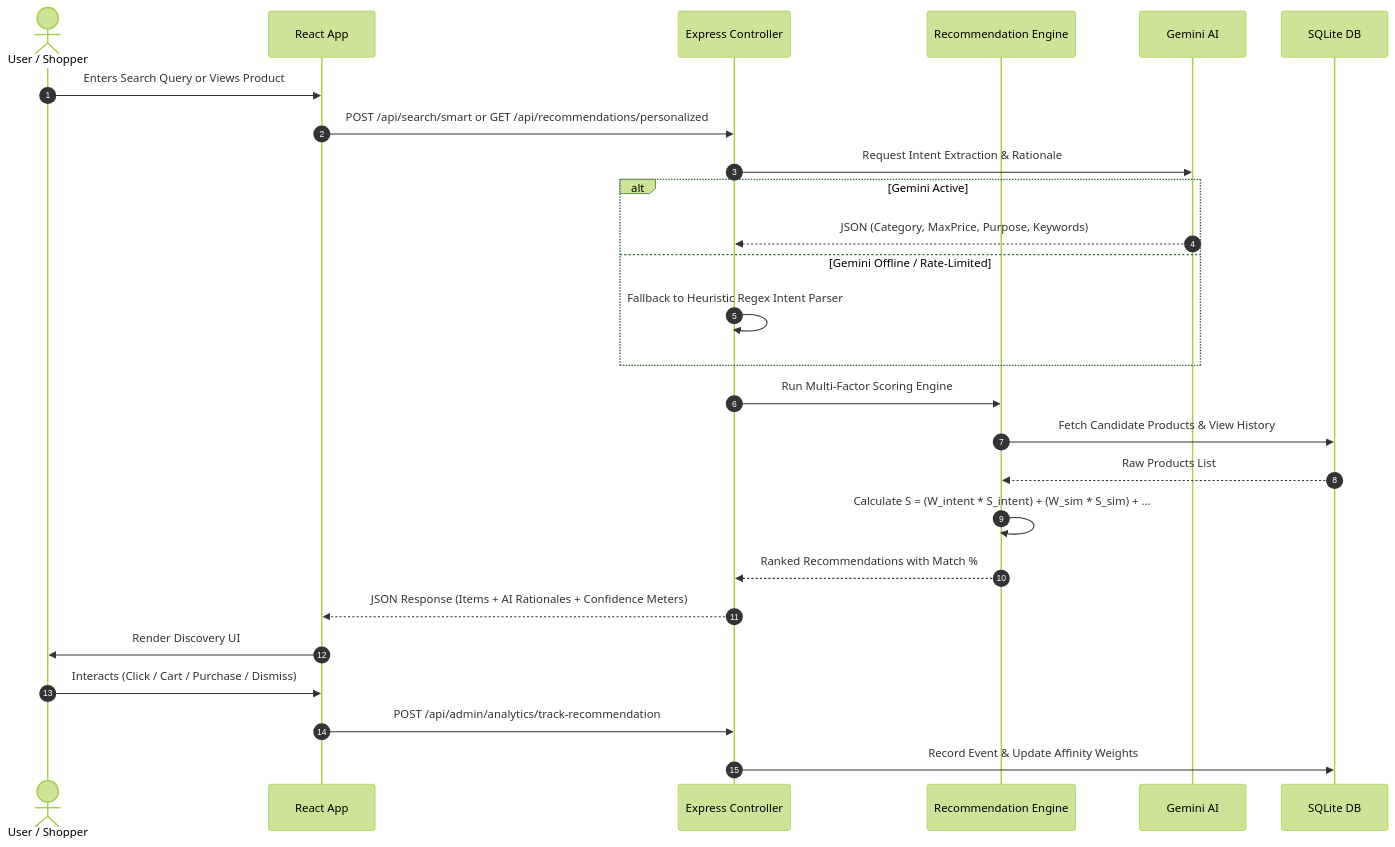
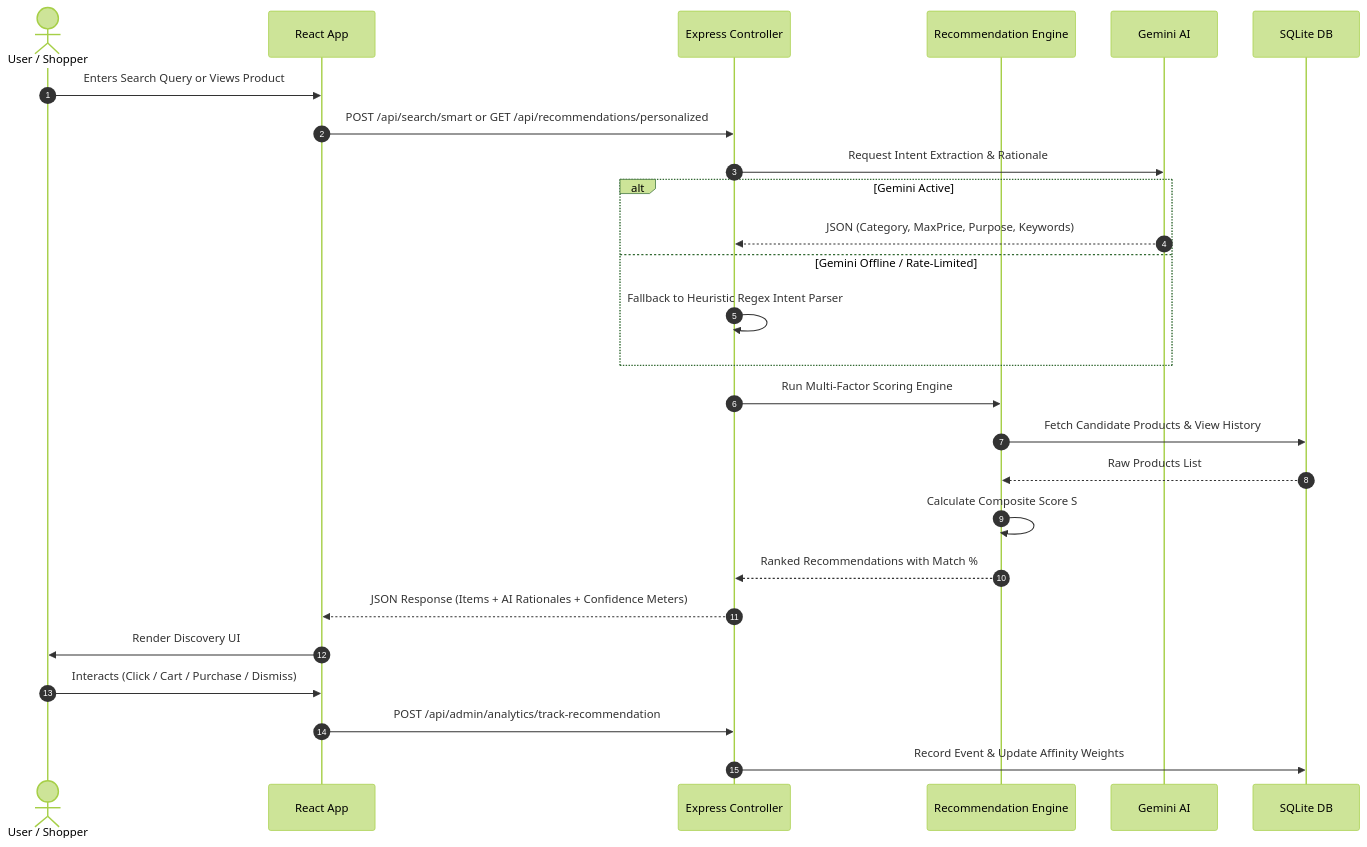
One commit to NagarjunMallavarpu/Discovery-engine-ai changed the second of 2 diagrams in README.md. Above: the diagram before and after it, drawn with Mermaid (forest theme). The commit also changed other lines of this file, not shown here.

Commit message:
docs: Final production audit of README.md with clean Mermaid syntax and exact DB product count (18 items)

````diff
--- a/README.md
+++ b/README.md
@@ -71,29 +72,29 @@
 ```mermaid
 sequenceDiagram
     autonumber
     actor Shopper as User / Shopper
     participant Client as React App
     participant API as Express Controller
     participant Engine as Recommendation Engine
     participant Gemini as Gemini AI
     participant DB as SQLite DB
 
     Shopper->>Client: Enters Search Query or Views Product
     Client->>API: POST /api/search/smart or GET /api/recommendations/personalized
     API->>Gemini: Request Intent Extraction & Rationale
     alt Gemini Active
         Gemini-->>API: JSON (Category, MaxPrice, Purpose, Keywords)
     else Gemini Offline / Rate-Limited
         API->>API: Fallback to Heuristic Regex Intent Parser
     end
     API->>Engine: Run Multi-Factor Scoring Engine
     Engine->>DB: Fetch Candidate Products & View History
     DB-->>Engine: Raw Products List
-    Engine->>Engine: Calculate S = (W_intent * S_intent) + (W_sim * S_sim) + ...
+    Engine->>Engine: Calculate Composite Score S
     Engine-->>API: Ranked Recommendations with Match %
     API-->>Client: JSON Response (Items + AI Rationales + Confidence Meters)
     Client->>Shopper: Render Discovery UI
     Shopper->>Client: Interacts (Click / Cart / Purchase / Dismiss)
     Client->>API: POST /api/admin/analytics/track-recommendation
     API->>DB: Record Event & Update Affinity Weights
 ```
````
